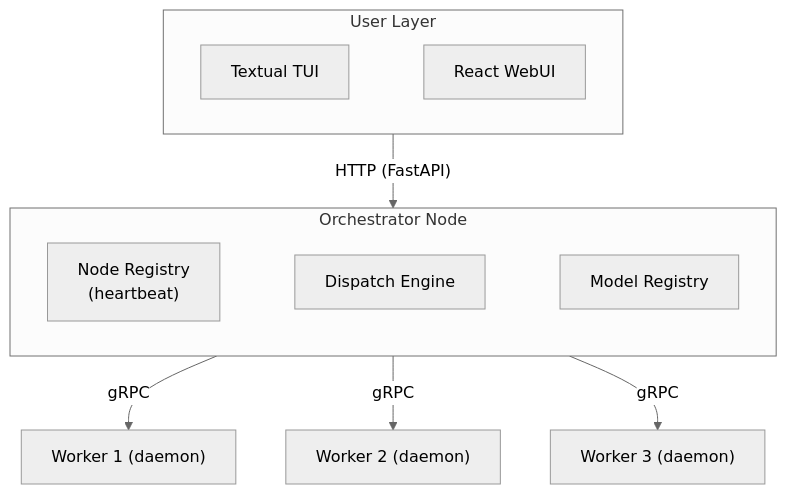
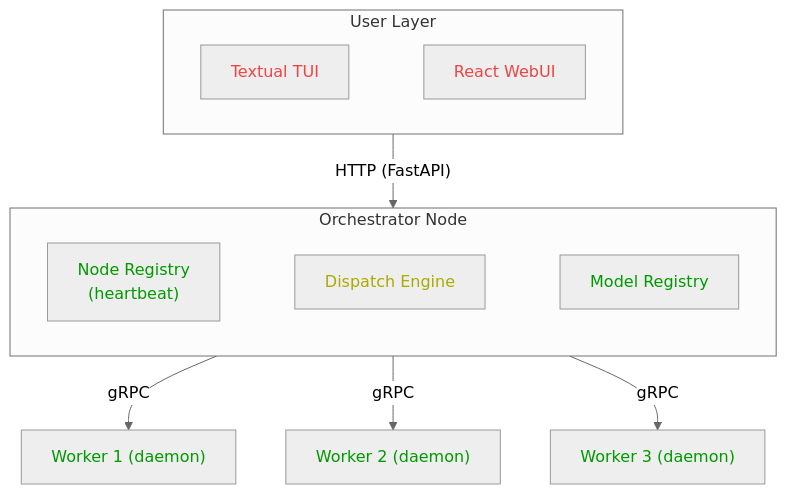
The diagram in README.md (syedtaha22/PiSSM), drawn with Mermaid (neutral theme) before and after one commit. The commit also changed other lines of this file, not shown here.

Commit message:
docs: update flowchart in README

````diff
--- a/README.md
+++ b/README.md
@@ -13,21 +13,26 @@
 ```mermaid
 flowchart TB
+    classDef complete color:#009900;
+    classDef inprogress color:#aaaa00;
+    classDef todo color:#ee4444;
+
 
     subgraph UserLayer["User Layer"]
-        TUI["Textual TUI"] ~~~ WEB["React WebUI"]
+        TUI["Textual TUI"]:::todo ~~~ WEB["React WebUI"]:::todo
     end
 
     UserLayer --> |"HTTP (FastAPI)"| ORCH
 
     subgraph ORCH["Orchestrator Node"]
-        REG["Node Registry<br/>(heartbeat)"] ~~~ DISP["Dispatch Engine"] ~~~ MODEL["Model Registry"]
+        REG["Node Registry<br/>(heartbeat)"]:::complete ~~~ DISP["Dispatch Engine"]:::inprogress ~~~ MODEL["Model Registry"]:::complete
     end
 
     ORCH -->|"gRPC"| W1
     ORCH -->|"gRPC"| W2
     ORCH -->|"gRPC"| W3
 
-    W1["Worker 1 (daemon)"]
-    W2["Worker 2 (daemon)"]
-    W3["Worker 3 (daemon)"]
+
+    W1["Worker 1 (daemon)"]:::complete
+    W2["Worker 2 (daemon)"]:::complete
+    W3["Worker 3 (daemon)"]:::complete
 ```
````
